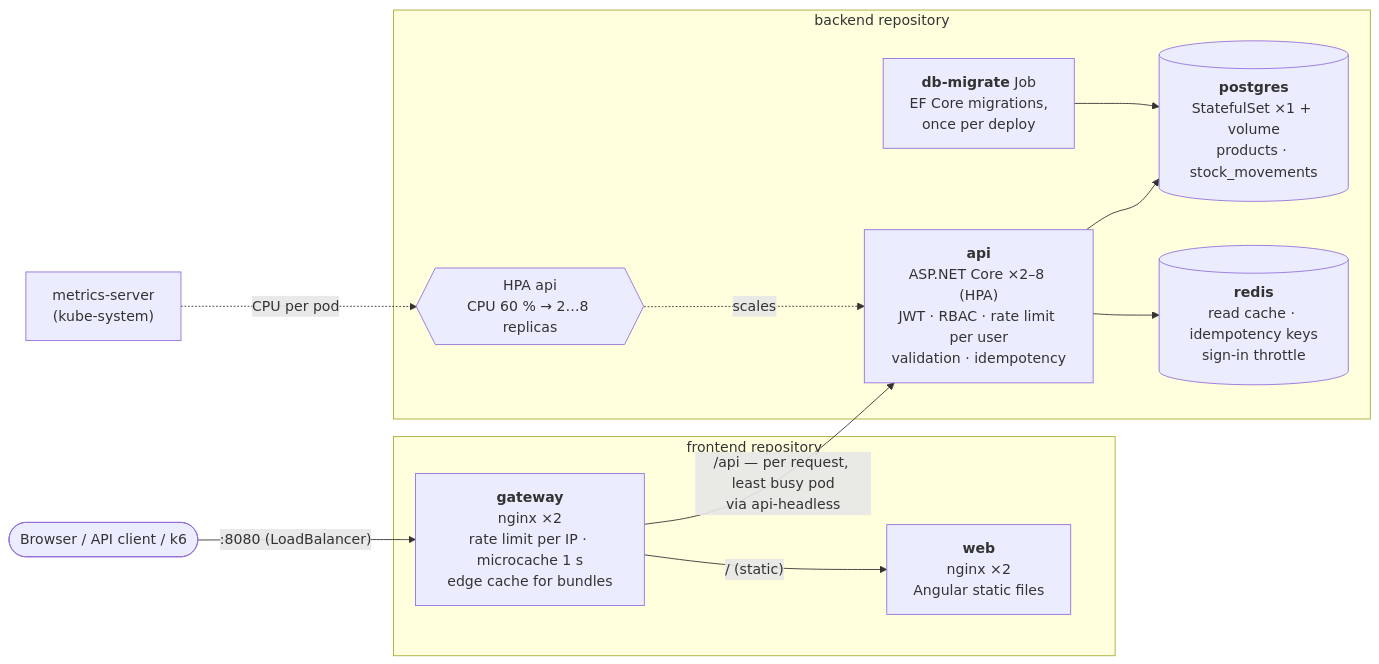
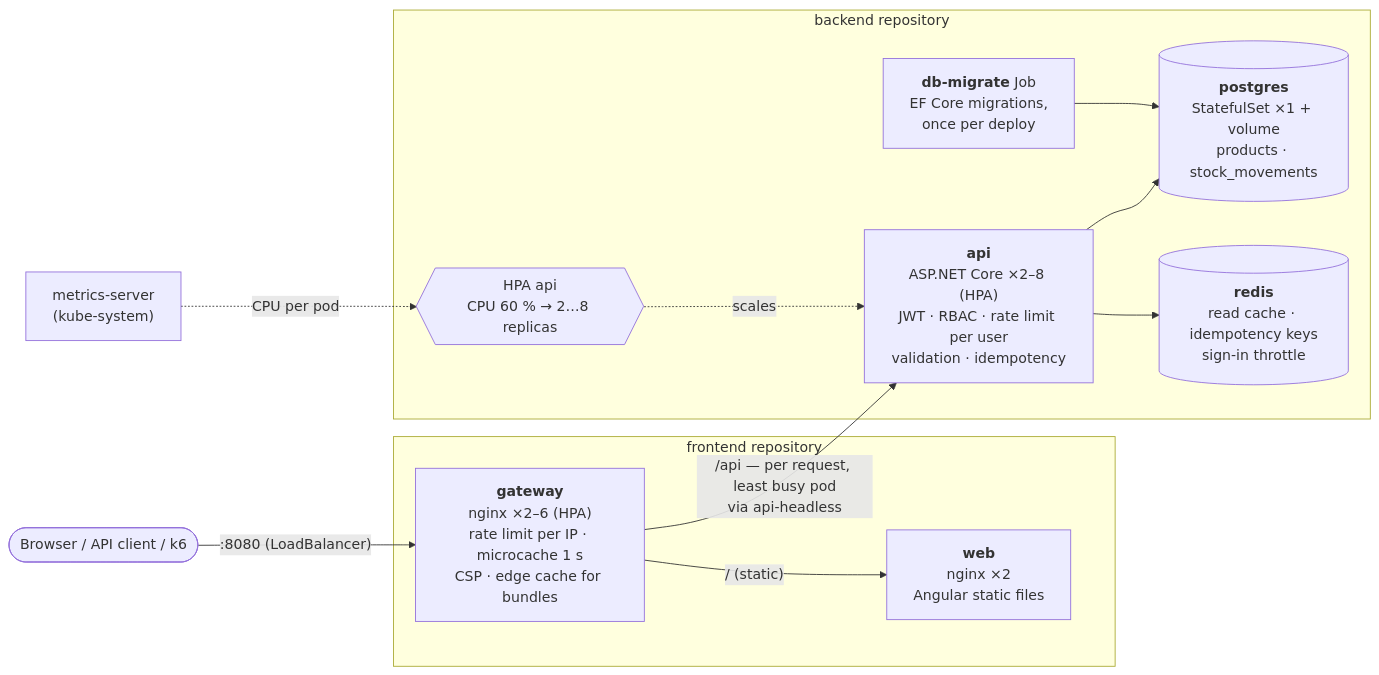
One commit to RubenCipriano/zeiss-product-management changed the first of 5 diagrams in docs/architecture.md. Above: the diagram before and after it, drawn with Mermaid. The commit also changed other lines of this file and 39 other files, not shown here.

First line of the commit message:
feat(web): browser response cache, prefetch, loading UX, pipes, strict CSP

````diff
--- a/docs/architecture.md
+++ b/docs/architecture.md
@@ -19,25 +19,25 @@
 ```mermaid
 flowchart LR
     user([Browser / API client / k6]) -->|":8080 (LoadBalancer)"| gw
 
     subgraph frontend["frontend repository"]
-        gw["<b>gateway</b><br/>nginx ×2<br/>rate limit per IP · microcache 1 s<br/>edge cache for bundles"]
+        gw["<b>gateway</b><br/>nginx ×2–6 (HPA)<br/>rate limit per IP · microcache 1 s<br/>CSP · edge cache for bundles"]
         web["<b>web</b><br/>nginx ×2<br/>Angular static files"]
     end
 
     subgraph backend["backend repository"]
         api["<b>api</b><br/>ASP.NET Core ×2–8 (HPA)<br/>JWT · RBAC · rate limit per user<br/>validation · idempotency"]
         pg[("<b>postgres</b><br/>StatefulSet ×1 + volume<br/>products · stock_movements")]
         redis[("<b>redis</b><br/>read cache · idempotency keys<br/>sign-in throttle")]
         job["<b>db-migrate</b> Job<br/>EF Core migrations,<br/>once per deploy"]
         hpa{{"HPA api<br/>CPU 60 % → 2…8 replicas"}}
     end
 
     gw -->|"/ (static)"| web
     gw -->|"/api — per request, least busy pod<br/>via api-headless"| api
     api --> pg
     api --> redis
     job --> pg
     hpa -. scales .-> api
     ms["metrics-server<br/>(kube-system)"] -. CPU per pod .-> hpa
 ```
````
